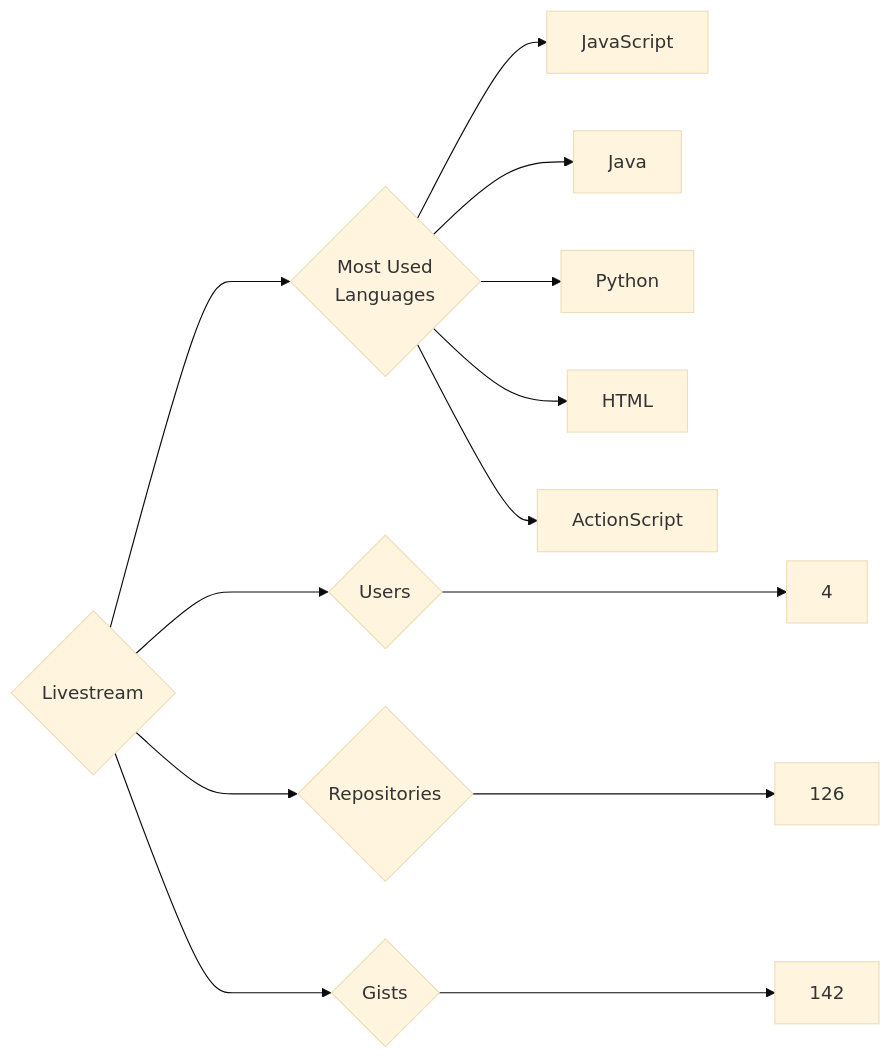
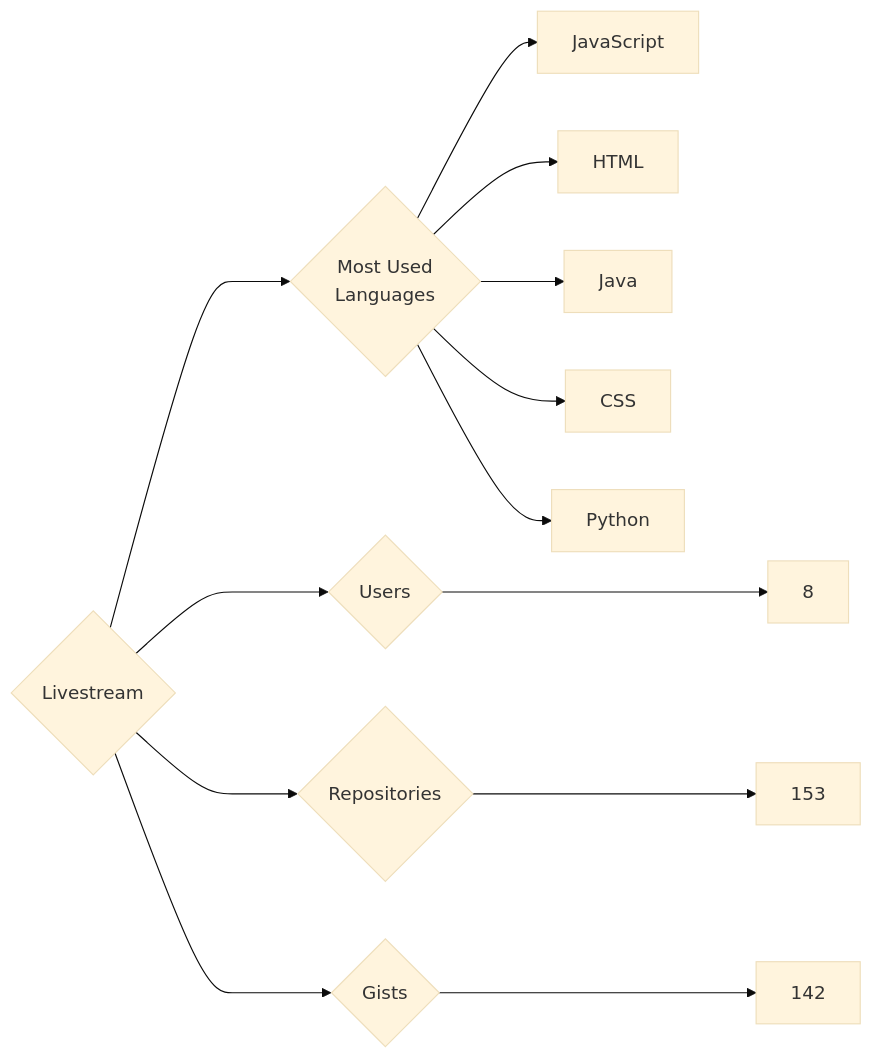
One commit to trickest/insiders changed the diagram in targets/Livestream/README.md. Above: the diagram before and after it, drawn with Mermaid (base theme). The commit also changed 935 other files, not shown here.

````diff
--- a/targets/Livestream/README.md
+++ b/targets/Livestream/README.md
@@ -3,13 +3,13 @@
 ```mermaid
 graph LR
 COMPANY_NAME{Livestream}
-COMPANY_NAME ---> U{Users} ---> UN[4]
-COMPANY_NAME ---> R{Repositories} ---> RN[126]
+COMPANY_NAME ---> U{Users} ---> UN[8]
+COMPANY_NAME ---> R{Repositories} ---> RN[153]
 COMPANY_NAME ---> G{Gists} ---> GN[142]
 COMPANY_NAME ---> ML{Most Used<br>Languages}
 ML --> JavaScript[JavaScript]
+ML --> HTML[HTML]
 ML --> Java[Java]
+ML --> CSS[CSS]
 ML --> Python[Python]
-ML --> HTML[HTML]
-ML --> ActionScript[ActionScript]
 ```
````
